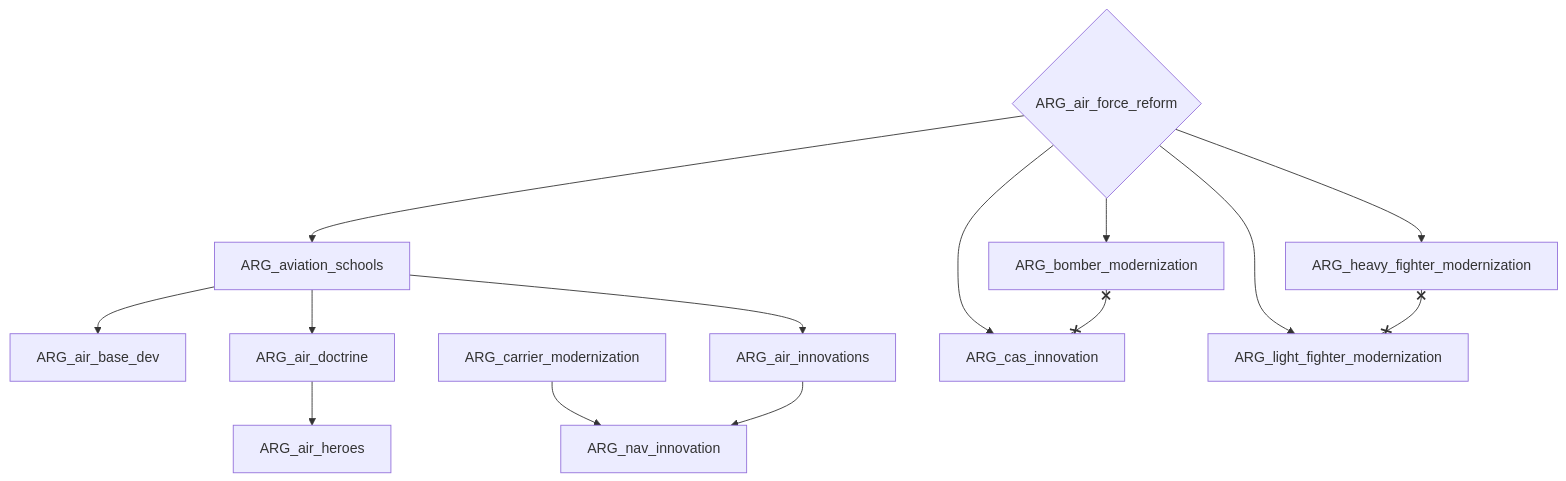
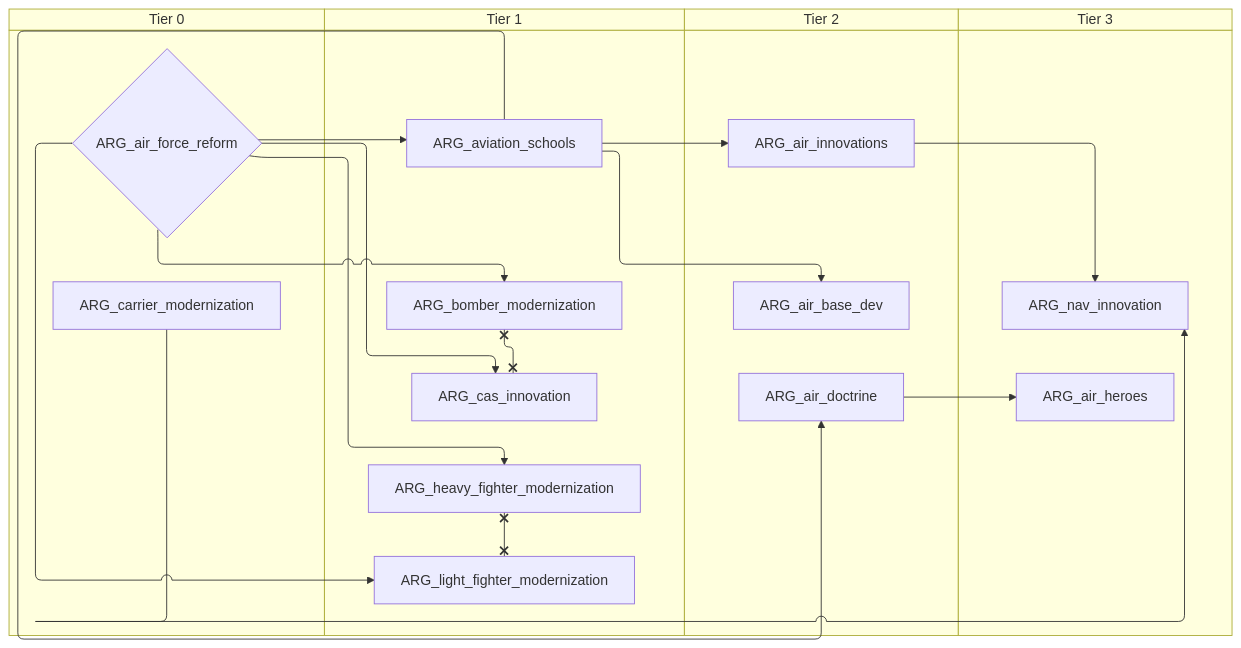
The first of 5 diagrams in docs/gdd/National Focuses/r56_argentina.md (evgeny-sobol/hoi4-sandbox-mode-r56), drawn with Mermaid before and after one commit. The commit also changed other lines of this file and 423 other files, not shown here.

First line of the commit message:
Re-export Rt56 focus trees as swimlane diagrams

````diff
--- a/docs/gdd/National Focuses/r56_argentina.md
+++ b/docs/gdd/National Focuses/r56_argentina.md
@@ -3,28 +3,36 @@
 ```mermaid
-flowchart TD
-    n1["ARG_air_base_dev"]
-    n2["ARG_air_doctrine"]
-    n3{"ARG_air_force_reform"}
-    n4["ARG_air_heroes"]
-    n5["ARG_air_innovations"]
-    n6["ARG_aviation_schools"]
-    n7["ARG_bomber_modernization"]
-    n8["ARG_carrier_modernization"]
-    n9["ARG_cas_innovation"]
-    n10["ARG_heavy_fighter_modernization"]
-    n11["ARG_light_fighter_modernization"]
-    n12["ARG_nav_innovation"]
-    n6 --> n1
-    n6 --> n2
-    n2 --> n4
-    n6 --> n5
-    n3 --> n6
-    n3 --> n7
+swimlane-beta TD
+    subgraph tier_0["Tier 0"]
+        n1{"ARG_air_force_reform"}
+        n2["ARG_carrier_modernization"]
+    end
+    subgraph tier_1["Tier 1"]
+        n3["ARG_aviation_schools"]
+        n4["ARG_bomber_modernization"]
+        n5["ARG_cas_innovation"]
+        n6["ARG_heavy_fighter_modernization"]
+        n7["ARG_light_fighter_modernization"]
+    end
+    subgraph tier_2["Tier 2"]
+        n8["ARG_air_base_dev"]
+        n9["ARG_air_doctrine"]
+        n10["ARG_air_innovations"]
+    end
+    subgraph tier_3["Tier 3"]
+        n11["ARG_air_heroes"]
+        n12["ARG_nav_innovation"]
+    end
+    n3 --> n8
     n3 --> n9
+    n9 --> n11
     n3 --> n10
-    n3 --> n11
-    n8 --> n12
-    n5 --> n12
-    n7 x--x n9
-    n10 x--x n11
+    n1 --> n3
+    n1 --> n4
+    n1 --> n5
+    n1 --> n6
+    n1 --> n7
+    n2 --> n12
+    n10 --> n12
+    n4 x--x n5
+    n6 x--x n7
 ```
````
